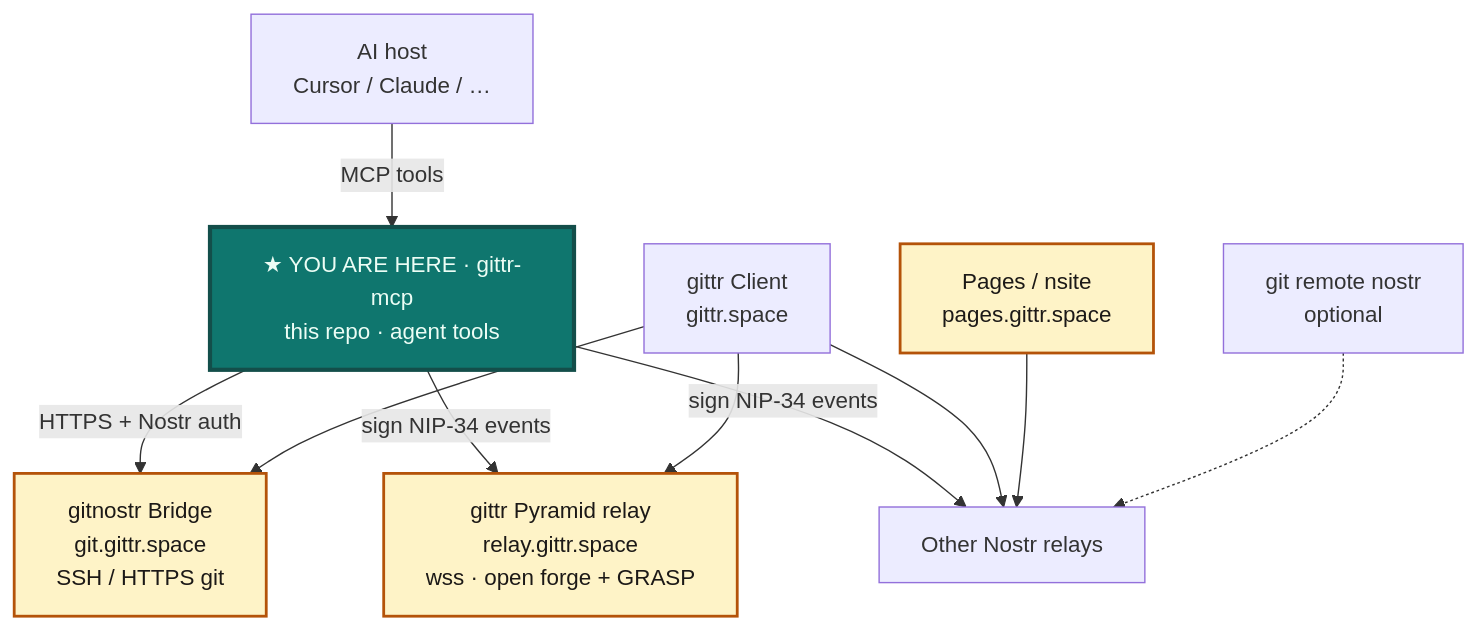
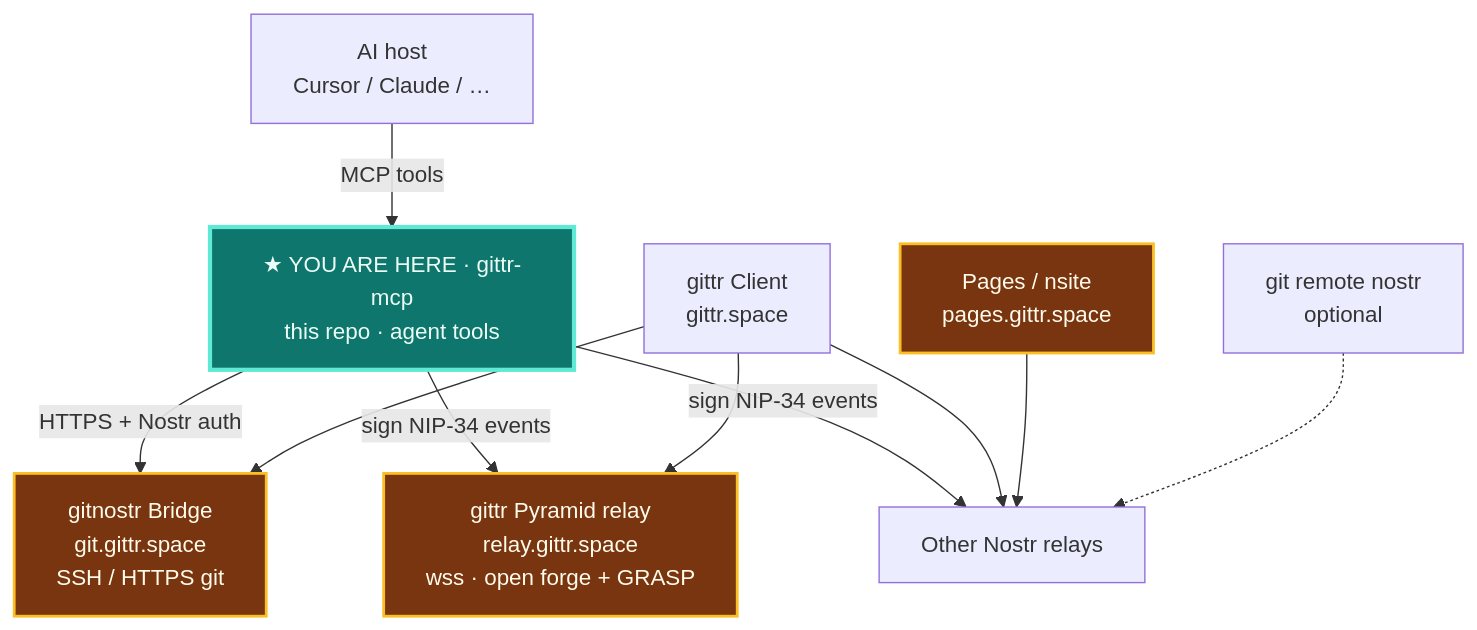
Before and after one commit to arbadacarbaYK/gittr-mcp: the diagram in README.md, drawn with Mermaid. The commit also changed other lines of this file, not shown here.

Commit message:
docs: fix platform-map host colors for dark UI
Use dark brown host boxes so white/cream text stays readable on gittr dark theme.

````diff
--- a/README.md
+++ b/README.md
@@ -25,26 +25,26 @@
 ```mermaid
 flowchart TB
   Agent["AI host<br/>Cursor / Claude / …"]
   MCP["★ YOU ARE HERE · gittr-mcp<br/>this repo · agent tools"]
   UI["gittr Client<br/>gittr.space"]
   Bridge["gitnostr Bridge<br/>git.gittr.space<br/>SSH / HTTPS git"]
   RelayGittr["gittr Pyramid relay<br/>relay.gittr.space<br/>wss · open forge + GRASP"]
   Relays["Other Nostr relays"]
   Pages["Pages / nsite<br/>pages.gittr.space"]
   Remote["git remote nostr<br/>optional"]
 
   Agent -->|MCP tools| MCP
   MCP -->|HTTPS + Nostr auth| Bridge
   MCP -->|sign NIP-34 events| RelayGittr
   MCP -->|sign NIP-34 events| Relays
   UI --> RelayGittr
   UI --> Relays
   UI --> Bridge
   Pages --> Relays
   Remote -.-> Relays
 
-  classDef youAreHere fill:#0f766e,stroke:#134e4a,stroke-width:3px,color:#ecfdf5
-  classDef hostUrl fill:#fef3c7,stroke:#b45309,stroke-width:2px,color:#1c1917
+  classDef youAreHere fill:#0f766e,stroke:#5eead4,stroke-width:3px,color:#ecfdf5
+  classDef hostUrl fill:#78350f,stroke:#fbbf24,stroke-width:2px,color:#fffbeb
   class MCP youAreHere
   class Bridge,Pages,RelayGittr hostUrl
 ```
````
